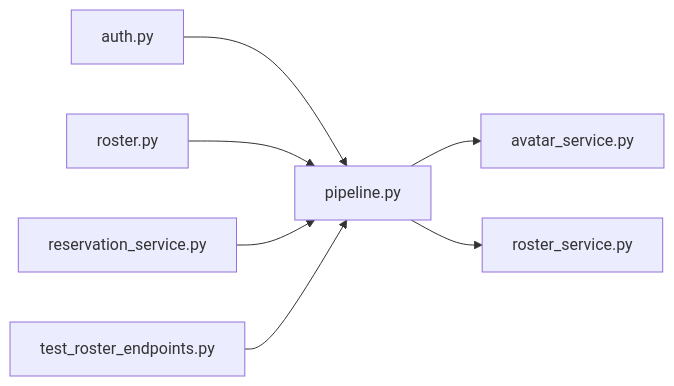
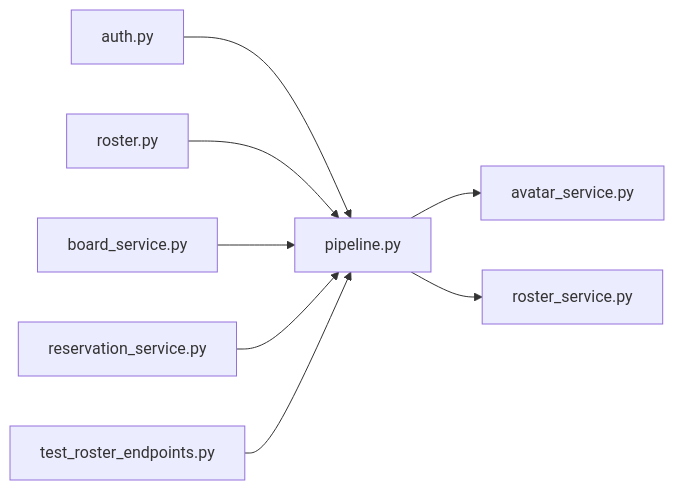
The diagram in .cluedoc/graph/backend/src/backend/services/roster/pipeline.md (minkong-dev/Banblit), drawn with Mermaid before and after one commit. The commit also changed other lines of this file and 48 other files, not shown here.

````diff
--- a/.cluedoc/graph/backend/src/backend/services/roster/pipeline.md
+++ b/.cluedoc/graph/backend/src/backend/services/roster/pipeline.md
@@ -10,10 +10,11 @@
 ```mermaid
 flowchart LR
   backend_src_backend_services_roster_pipeline["pipeline.py"]
   backend_src_backend_services_roster_pipeline --> backend_src_backend_services_roster_avatar_service["avatar_service.py"]
   backend_src_backend_services_roster_pipeline --> backend_src_backend_services_roster_roster_service["roster_service.py"]
   backend_src_backend_api_routers_auth["auth.py"] --> backend_src_backend_services_roster_pipeline
   backend_src_backend_api_routers_roster["roster.py"] --> backend_src_backend_services_roster_pipeline
+  backend_src_backend_services_board_board_service["board_service.py"] --> backend_src_backend_services_roster_pipeline
   backend_src_backend_services_reservation_reservation_service["reservation_service.py"] --> backend_src_backend_services_roster_pipeline
   backend_tests_integration_db_test_roster_endpoints["test_roster_endpoints.py"] --> backend_src_backend_services_roster_pipeline
 ```
````
